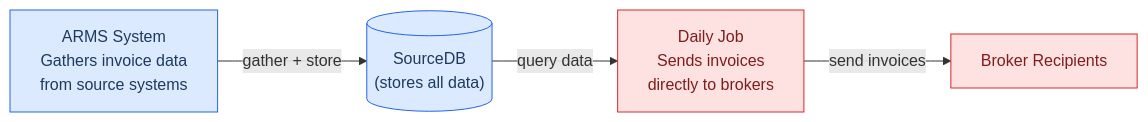
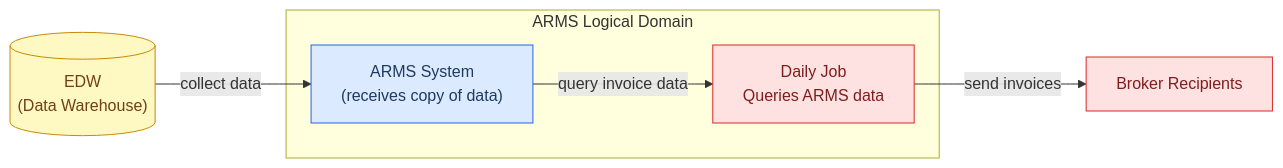
One commit to ctorresunimag95/Designs changed the first of 7 diagrams in InvoiceIntegrator/ADR-0025-EDICOM-Invoice-Integration-Service.md. Above: the diagram before and after it, drawn with Mermaid. The commit also changed other lines of this file, not shown here.

Commit message:
update adr

````diff
--- a/InvoiceIntegrator/ADR-0025-EDICOM-Invoice-Integration-Service.md
+++ b/InvoiceIntegrator/ADR-0025-EDICOM-Invoice-Integration-Service.md
@@ -16,17 +16,19 @@
 ```mermaid
 flowchart LR
+    classDef source fill:#FEF9C3,stroke:#CA8A04,color:#713F12
+    classDef auto fill:#DBEAFE,stroke:#2563EB,color:#1E3A5F
     classDef manual fill:#FEE2E2,stroke:#DC2626,color:#7F1D1D
-    classDef auto fill:#DBEAFE,stroke:#2563EB,color:#1E3A5F
 
-    ARMS["ARMS System<br/>Gathers invoice data<br/>from source systems"]:::auto
+    EDW[("EDW<br/>(Data Warehouse)")]:::source
     
-    SourceDB[("SourceDB<br/>(stores all data)")]:::auto
-    
-    Job["Daily Job<br/>Sends invoices<br/>directly to brokers"]:::manual
+    subgraph arms_domain["ARMS Logical Domain"]
+        ARMS["ARMS System<br/>(receives copy of data)"]:::auto
+        Job["Daily Job<br/>Queries ARMS data"]:::manual
+    end
     
     Brokers["Broker Recipients"]:::manual
 
-    ARMS -->|"gather + store"| SourceDB
-    SourceDB -->|"query data"| Job
+    EDW -->|"collect data"| ARMS
+    ARMS -->|"query invoice data"| Job
     Job -->|"send invoices"| Brokers
 ```
````
